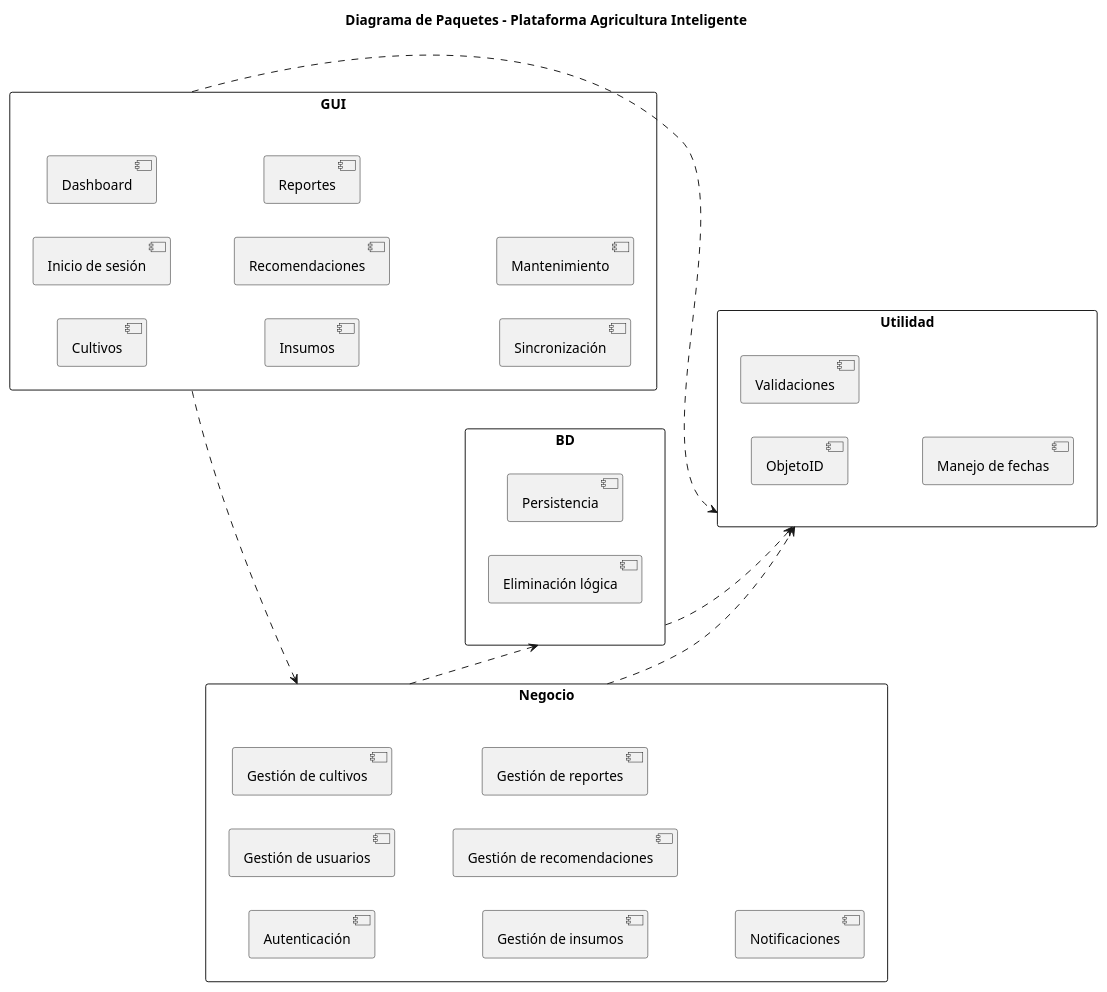
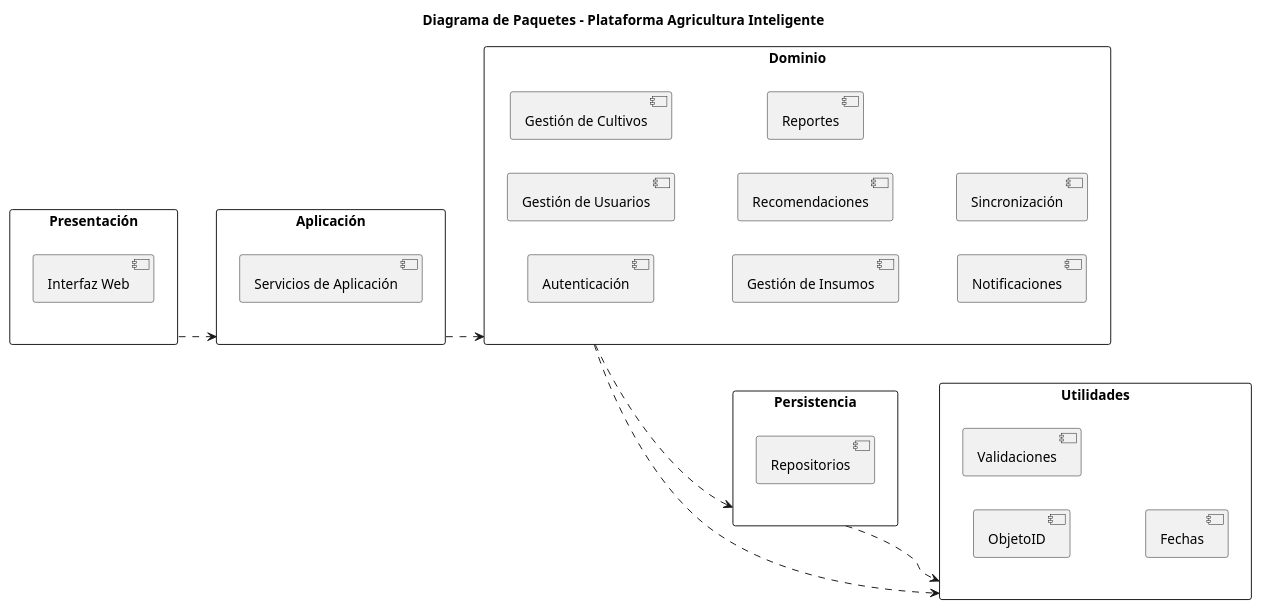
One commit to Moshii-Xz/arquitectura-de-software changed the diagram in 03-Diagramas/08-diagrama-paquetes.puml. Above: the diagram before and after it, drawn with PlantUML. The commit also changed 17 other files, not shown here.

```diff
--- a/03-Diagramas/08-diagrama-paquetes.puml
+++ b/03-Diagramas/08-diagrama-paquetes.puml
@@ -1,47 +1,46 @@
-@startuml diagrama de Paquetes
+@startuml
 title Diagrama de Paquetes - Plataforma Agricultura Inteligente
 
 left to right direction
 skinparam packageStyle rectangle
 skinparam shadowing false
 
-package "GUI" as GUI {
-  [Inicio de sesión]
-  [Dashboard]
-  [Cultivos]
-  [Insumos]
+package "Presentación" as PRESENTACION {
+  [Interfaz Web]
+}
+
+package "Aplicación" as APLICACION {
+  [Servicios de Aplicación]
+}
+
+package "Dominio" as DOMINIO {
+  [Autenticación]
+  [Gestión de Usuarios]
+  [Gestión de Cultivos]
+  [Gestión de Insumos]
   [Recomendaciones]
   [Reportes]
-  [Sincronización]
-  [Mantenimiento]
-}
-
-package "Negocio" as NEGOCIO {
-  [Autenticación]
-  [Gestión de usuarios]
-  [Gestión de cultivos]
-  [Gestión de insumos]
-  [Gestión de recomendaciones]
-  [Gestión de reportes]
   [Notificaciones]
   [Sincronización]
 }
 
-package "BD" as BD {
-  [Persistencia]
-  [Eliminación lógica]
+package "Persistencia" as PERSISTENCIA {
+  [Repositorios]
 }
 
-package "Utilidad" as UTIL {
+package "Utilidades" as UTIL {
   [ObjetoID]
   [Validaciones]
-  [Manejo de fechas]
+  [Fechas]
 }
 
-GUI ..> NEGOCIO
-NEGOCIO ..> BD
-NEGOCIO ..> UTIL
-BD ..> UTIL
-GUI ..> UTIL
+' Dependencias por capas (CORRECTO)
+PRESENTACION ..> APLICACION
+APLICACION ..> DOMINIO
+DOMINIO ..> PERSISTENCIA
+
+' Uso transversal
+DOMINIO ..> UTIL
+PERSISTENCIA ..> UTIL
 
 @enduml
```
